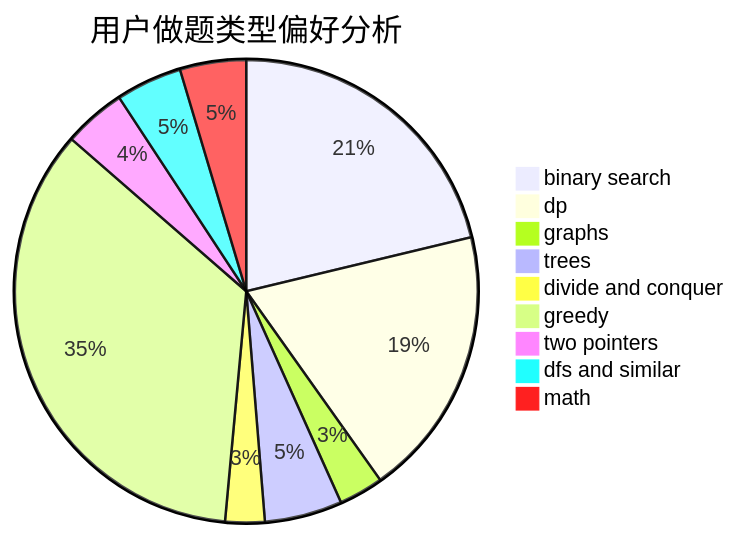
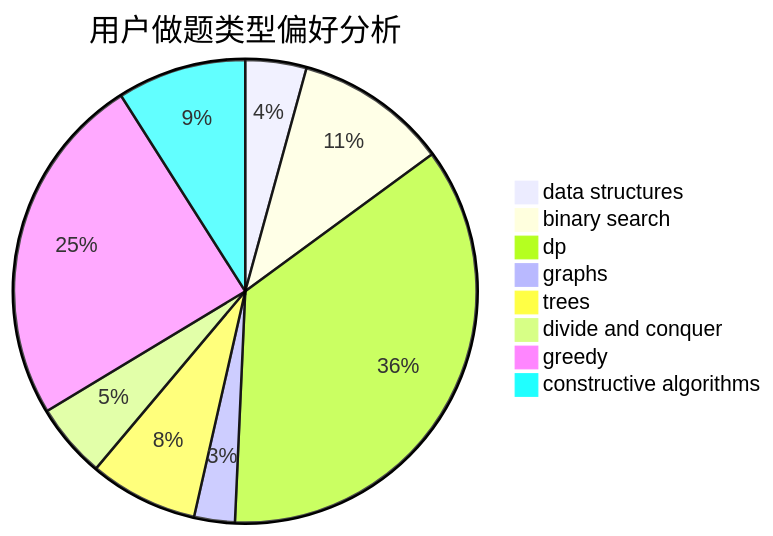
Before and after one commit to sherpahu/cfrs.github.io: the second of 3 diagrams in docs/user/u421.md, drawn with Mermaid. The commit also changed other lines of this file and 2775 other files, not shown here.

````diff
--- a/docs/user/u421.md
+++ b/docs/user/u421.md
@@ -23,12 +23,11 @@
 ```mermaid
 pie title 用户做题类型偏好分析
-    "binary search" :  239
-    "dp" :  213
-    "graphs" :  35
-    "trees" :  61
-    "divide and conquer" :  31
-    "greedy" :  393
-    "two pointers" :  49
-    "dfs and similar" :  52
-    "math" :  52
+    "data structures" :  18
+    "binary search" :  45
+    "dp" :  151
+    "graphs" :  12
+    "trees" :  32
+    "divide and conquer" :  22
+    "greedy" :  104
+    "constructive algorithms" :  38
 ```
````
